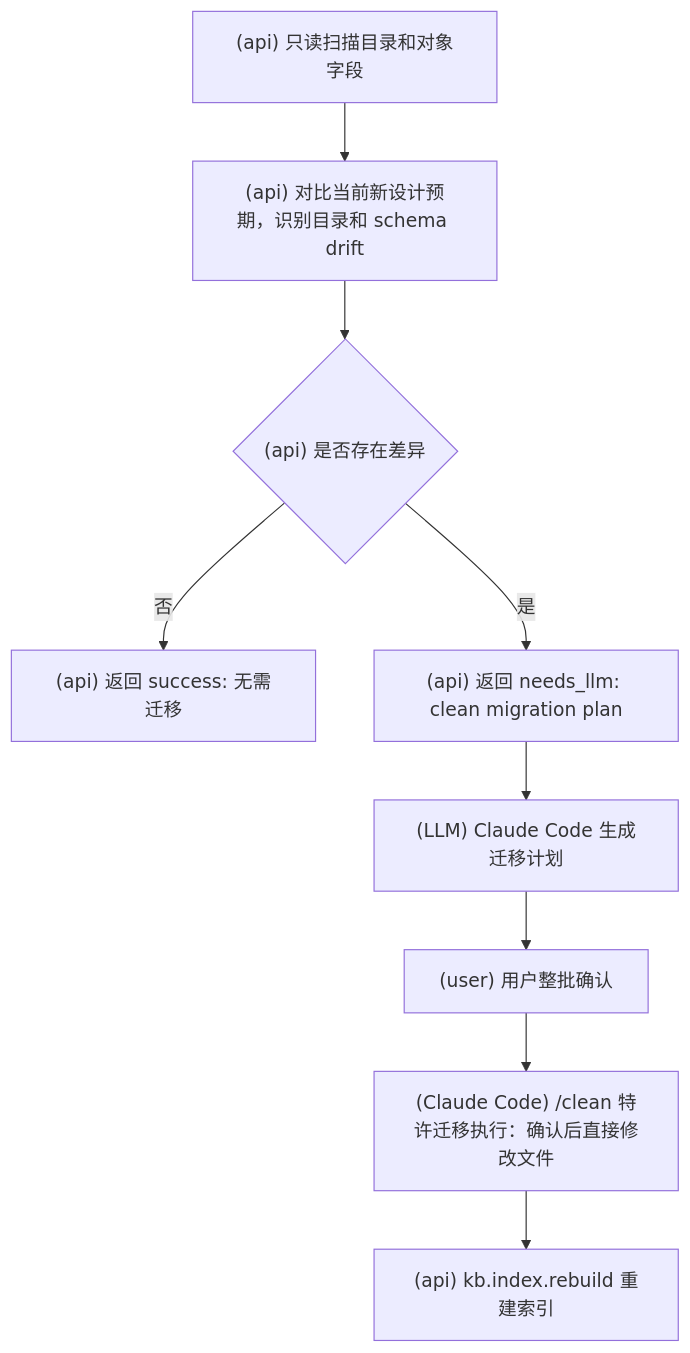
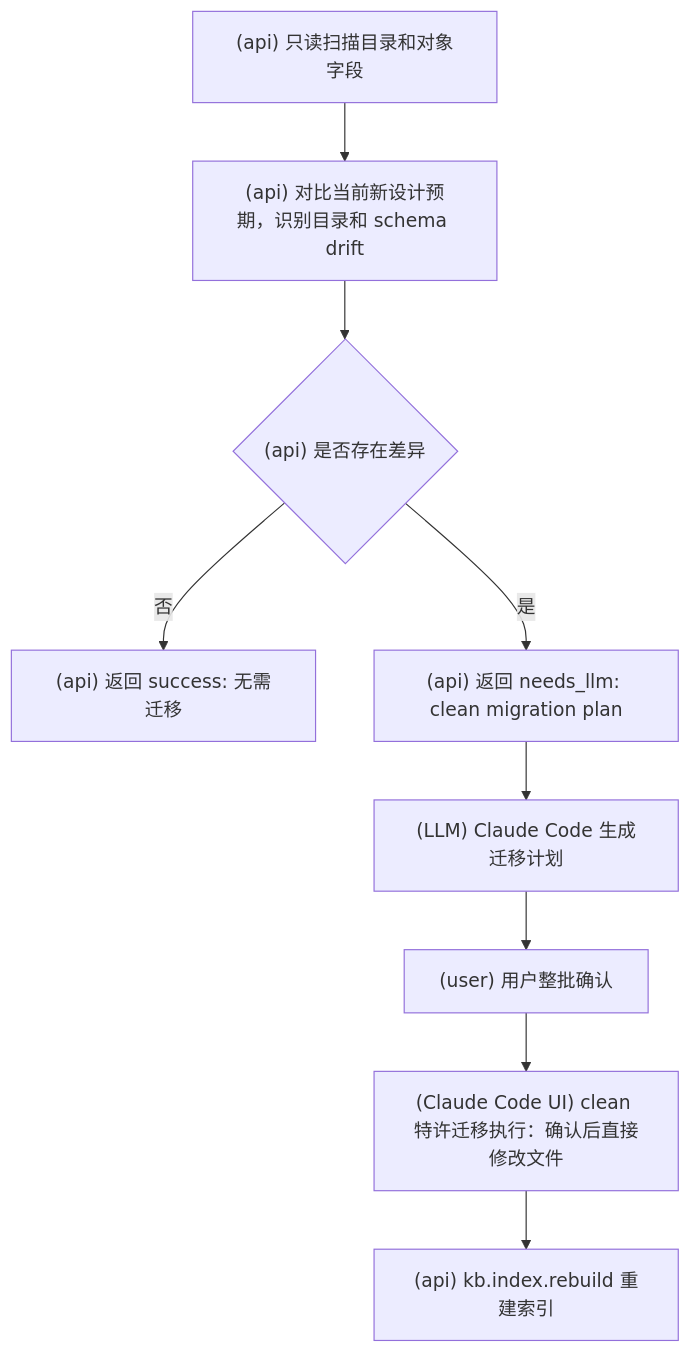
Diagram 21 of 21 in docs/流程图.md (srangerme/KBManager), drawn with Mermaid before and after one commit. The commit also changed other lines of this file and 50 other files, not shown here.

````diff
--- a/docs/流程图.md
+++ b/docs/流程图.md
@@ -279,11 +296,11 @@
 ```mermaid
 flowchart TD
   A["(api) 只读扫描目录和对象字段"] --> B["(api) 对比当前新设计预期，识别目录和 schema drift"]
   B --> C{"(api) 是否存在差异"}
   C -- 否 --> D["(api) 返回 success: 无需迁移"]
   C -- 是 --> E["(api) 返回 needs_llm: clean migration plan"]
   E --> F["(LLM) Claude Code 生成迁移计划"]
   F --> G["(user) 用户整批确认"]
-  G --> H["(Claude Code) /clean 特许迁移执行：确认后直接修改文件"]
+  G --> H["(Claude Code UI) clean 特许迁移执行：确认后直接修改文件"]
   H --> I["(api) kb.index.rebuild 重建索引"]
 ```
````
